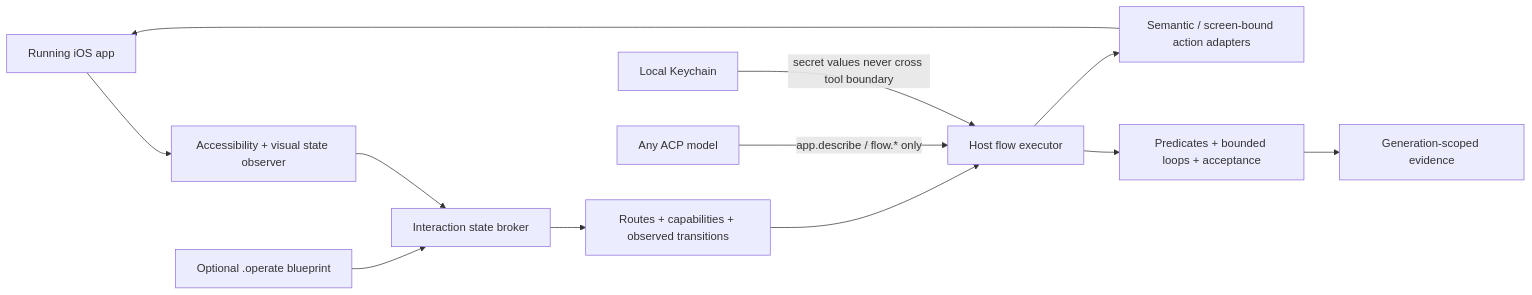
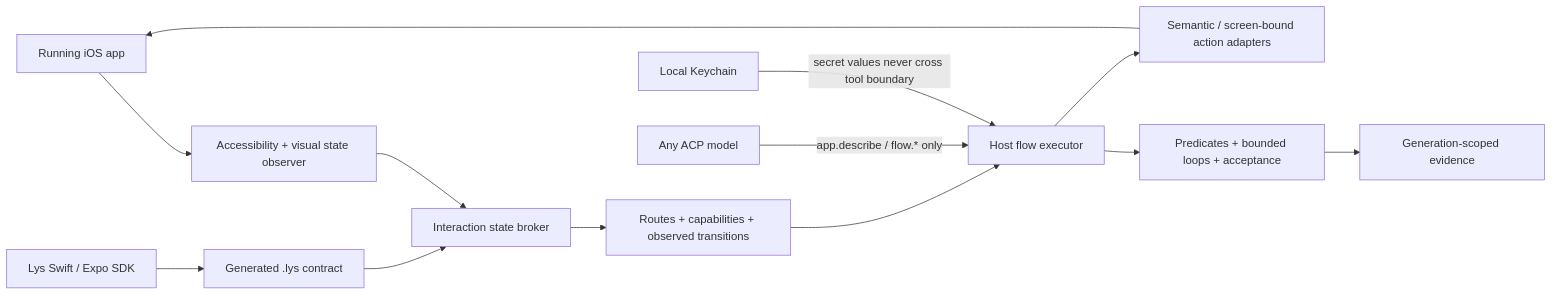
Before and after one commit to nhestrompia/lys: the second of 2 diagrams in ARCHITECTURE.md, drawn with Mermaid. The commit also changed other lines of this file and 83 other files, not shown here.

Commit message:
feat: testing sdk for expo and swift

````diff
--- a/ARCHITECTURE.md
+++ b/ARCHITECTURE.md
@@ -25,14 +25,15 @@
 ```mermaid
 flowchart LR
     APP["Running iOS app"] --> OBS["Accessibility + visual state observer"]
-    BP["Optional .operate blueprint"] --> MERGE["Interaction state broker"]
+    SDK["Lys Swift / Expo SDK"] --> BP["Generated .lys contract"]
+    BP --> MERGE["Interaction state broker"]
     OBS --> MERGE
     MERGE --> GRAPH["Routes + capabilities + observed transitions"]
     GRAPH --> EXEC["Host flow executor"]
     EXEC --> ADAPTER["Semantic / screen-bound action adapters"]
     ADAPTER --> APP
     EXEC --> ASSERT["Predicates + bounded loops + acceptance"]
     ASSERT --> EV["Generation-scoped evidence"]
     AGENT["Any ACP model"] -->|"app.describe / flow.* only"| EXEC
     KEYCHAIN["Local Keychain"] -->|"secret values never cross tool boundary"| EXEC
 ```
````
